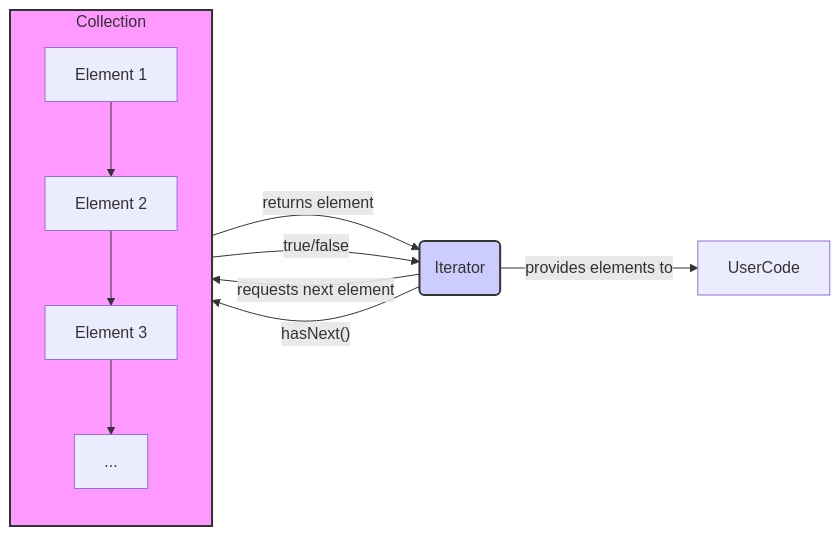
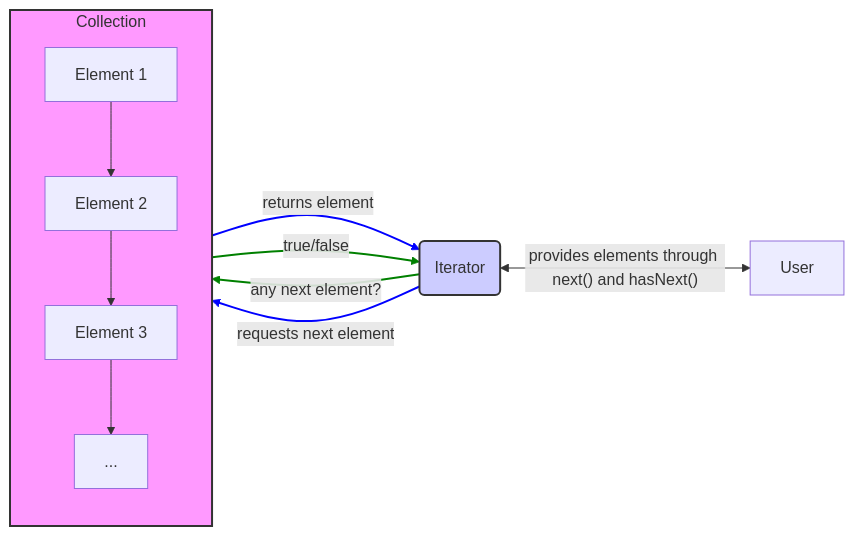
One commit to ruslylove/datastruct changed the sixth of 9 diagrams in lectures/lect-7-Lists.md. Above: the diagram before and after it, drawn with Mermaid. The commit also changed other lines of this file, not shown here.

Commit message:
update iterator diagram

````diff
--- a/lectures/lect-7-Lists.md
+++ b/lectures/lect-7-Lists.md
@@ -473,18 +473,21 @@
 ```mermaid {scale:0.65}
 graph LR
     subgraph Collection
         A[Element 1] --> B[Element 2]
         B --> C[Element 3]
         C --> D[...]
     end
 
+    Collection -- "returns element" --> Iterator
+    Iterator -- "any next element?" --> Collection
     Iterator(Iterator) -- "requests next element" --> Collection
-    Collection -- "returns element" --> Iterator
-    Iterator -- "hasNext()" --> Collection
     Collection -- "true/false" --> Iterator
 
     style Collection fill:#f9f,stroke:#333,stroke-width:2px
     style Iterator fill:#ccf,stroke:#333,stroke-width:2px
 
-    Iterator -- "provides elements to" --> UserCode
+    Iterator <-- "provides elements through next() and hasNext()" --> User
+
+    linkStyle 3,5 stroke: blue,stroke-width:2px;
+    linkStyle 4,6 stroke: green,stroke-width:2px;
 ```
````
